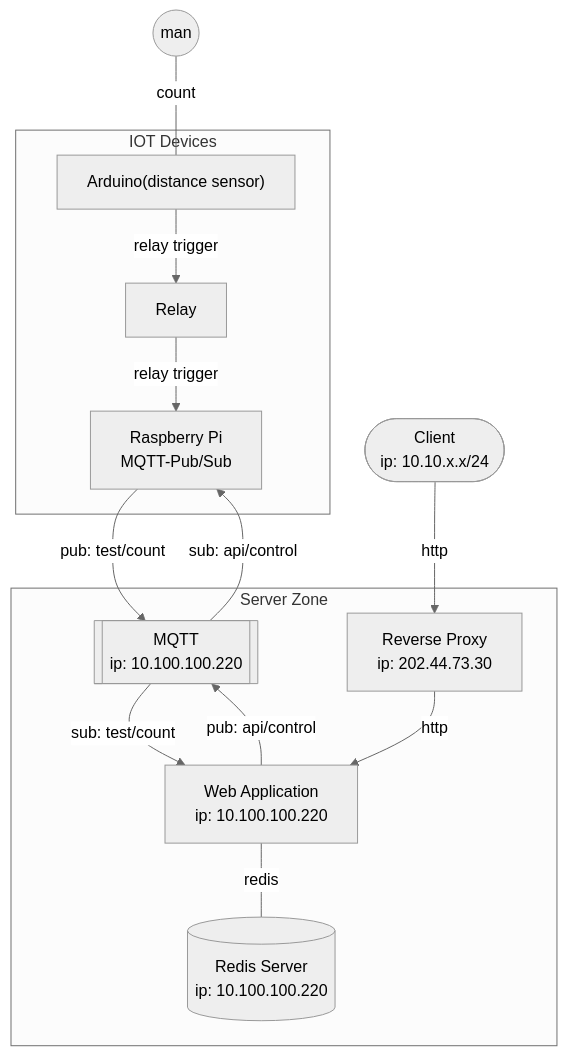
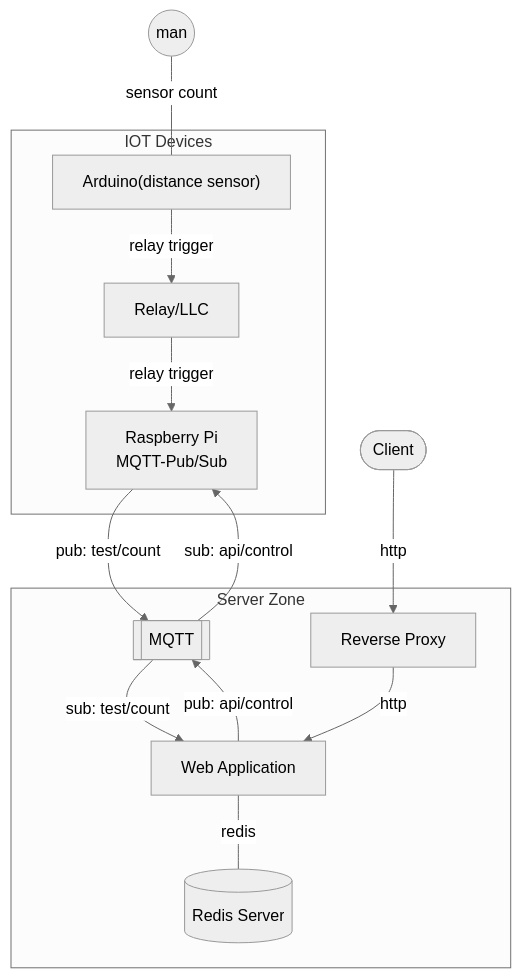
The diagram in app/README.md (hunzo/example-sse-app), drawn with Mermaid (neutral theme) before and after one commit.

Commit message:
update diagram

````diff
--- a/app/README.md
+++ b/app/README.md
@@ -3,26 +3,26 @@
 ```mermaid
 graph TD
-    M((man)) ---|count| AR
-    AR["Arduino(distance sensor)"] -->|relay trigger| Relay
+    M((man)) ---|sensor count| AR
+    AR["Arduino(distance sensor)"] -->|relay trigger| Relay["Relay/LLC"]
     Relay -->|"relay trigger"| RP
-	RP[Raspberry Pi<br>MQTT-Pub/Sub] -->|pub: test/count|MQTT[[MQTT<br>ip: 10.100.100.220]]
+	RP[Raspberry Pi<br>MQTT-Pub/Sub] -->|pub: test/count|MQTT[[MQTT]]
     MQTT -->|sub: api/control|RP
-    MQTT -->|sub: test/count|APP[Web Application<br>ip: 10.100.100.220]
+    MQTT -->|sub: test/count|APP[Web Application]
     APP -->|pub: api/control|MQTT
-    APP ---|redis| RD[(Redis Server<br>ip: 10.100.100.220)]
-    RVPX[Reverse Proxy<br>ip: 202.44.73.30] -->|http| APP
-    C([Client<br>ip: 10.10.x.x/24]) -->|http| RVPX
+    APP ---|redis| RD[(Redis Server)]
+    RVPX[Reverse Proxy] -->|http| APP
+    C([Client]) -->|http| RVPX
 
     subgraph IOT Devices
         AR
         Relay
         RP
     end
 
     subgraph Server Zone
         MQTT
         APP
         RVPX
         RD
     end
 ```
````
